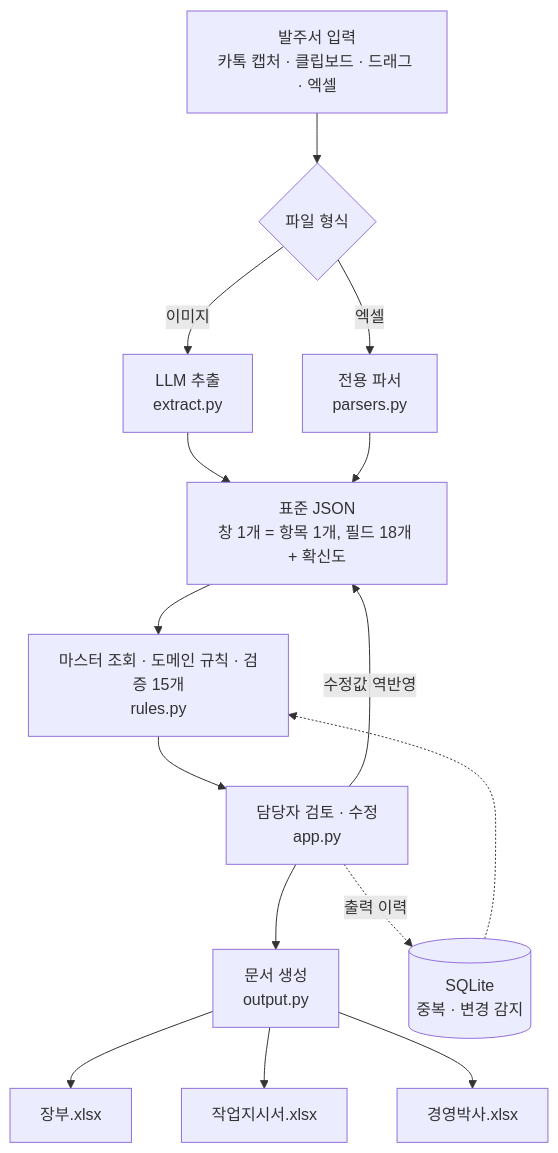
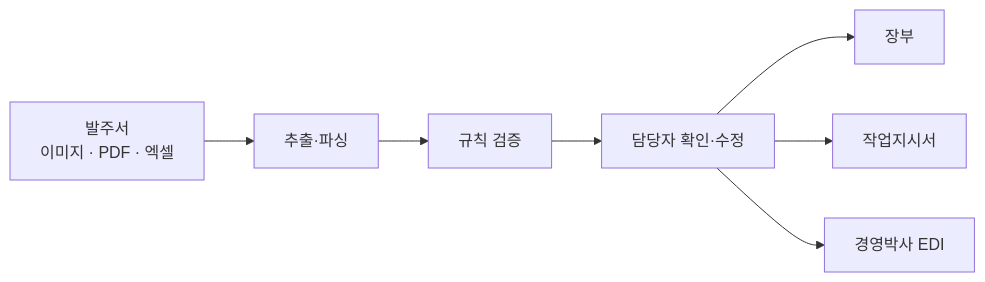
Before and after one commit to sieunzzz/FitOrder: the first of 2 diagrams in README.md, drawn with Mermaid. The commit also changed other lines of this file and 42 other files, not shown here.

````diff
--- a/README.md
+++ b/README.md
@@ -39,23 +32,9 @@
 ```mermaid
-flowchart TD
-    A["발주서 입력<br/>카톡 캡처 · 클립보드 · 드래그 · 엑셀"]
-
-    A --> B{"파일 형식"}
-    B -->|이미지| C["LLM 추출<br/>extract.py"]
-    B -->|엑셀| D["전용 파서<br/>parsers.py"]
-
-    C --> E["표준 JSON<br/>창 1개 = 항목 1개, 필드 18개 + 확신도"]
-    D --> E
-
-    E --> F["마스터 조회 · 도메인 규칙 · 검증 15개<br/>rules.py"]
-    F --> G["담당자 검토 · 수정<br/>app.py"]
-    G -->|"수정값 역반영"| E
-
-    G --> H["문서 생성<br/>output.py"]
-    H --> I["장부.xlsx"]
-    H --> J["작업지시서.xlsx"]
-    H --> K["경영박사.xlsx"]
-
-    G -.->|출력 이력| L[("SQLite<br/>중복 · 변경 감지")]
-    L -.-> F
+flowchart LR
+    A["발주서<br/>이미지 · PDF · 엑셀"] --> B["추출·파싱"]
+    B --> C["규칙 검증"]
+    C --> D["담당자 확인·수정"]
+    D --> E["장부"]
+    D --> F["작업지시서"]
+    D --> G["경영박사 EDI"]
 ```
````
